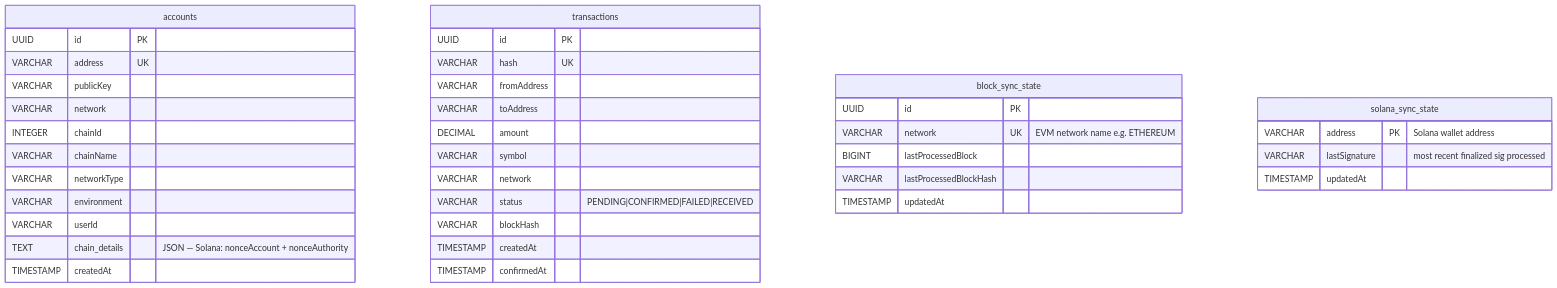
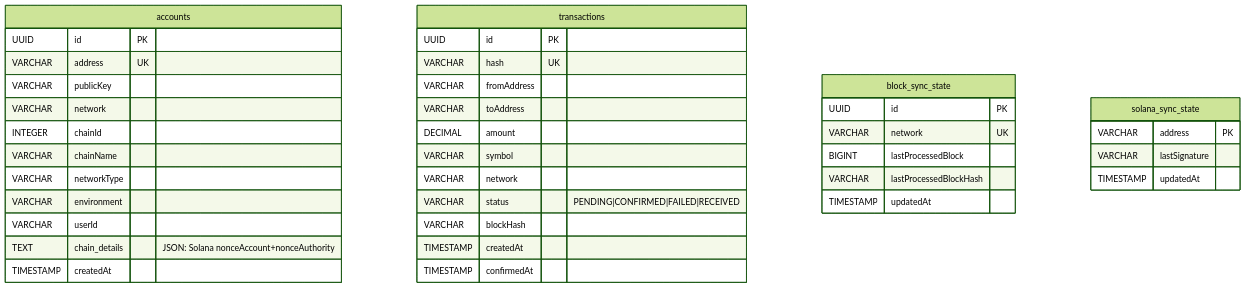
Before and after one commit to dipans/funky-wallet: the third of 10 diagrams in docs/ARCHITECTURE.md, drawn with Mermaid. The commit also changed other lines of this file, not shown here.

First line of the commit message:
docs: colorize architecture diagrams with classDef and rect blocks

````diff
--- a/docs/ARCHITECTURE.md
+++ b/docs/ARCHITECTURE.md
@@ -114,44 +119,45 @@
 ```mermaid
+%%{init: {'theme': 'forest'}}%%
 erDiagram
     accounts {
         UUID id PK
         VARCHAR address UK
         VARCHAR publicKey
         VARCHAR network
         INTEGER chainId
         VARCHAR chainName
         VARCHAR networkType
         VARCHAR environment
         VARCHAR userId
-        TEXT chain_details "JSON — Solana: nonceAccount + nonceAuthority"
+        TEXT chain_details "JSON: Solana nonceAccount+nonceAuthority"
         TIMESTAMP createdAt
     }
 
     transactions {
         UUID id PK
         VARCHAR hash UK
         VARCHAR fromAddress
         VARCHAR toAddress
         DECIMAL amount
         VARCHAR symbol
         VARCHAR network
         VARCHAR status "PENDING|CONFIRMED|FAILED|RECEIVED"
         VARCHAR blockHash
         TIMESTAMP createdAt
         TIMESTAMP confirmedAt
     }
 
     block_sync_state {
         UUID id PK
-        VARCHAR network UK "EVM network name e.g. ETHEREUM"
+        VARCHAR network UK
         BIGINT lastProcessedBlock
         VARCHAR lastProcessedBlockHash
         TIMESTAMP updatedAt
     }
 
     solana_sync_state {
-        VARCHAR address PK "Solana wallet address"
-        VARCHAR lastSignature "most recent finalized sig processed"
+        VARCHAR address PK
+        VARCHAR lastSignature
         TIMESTAMP updatedAt
     }
 ```
````
